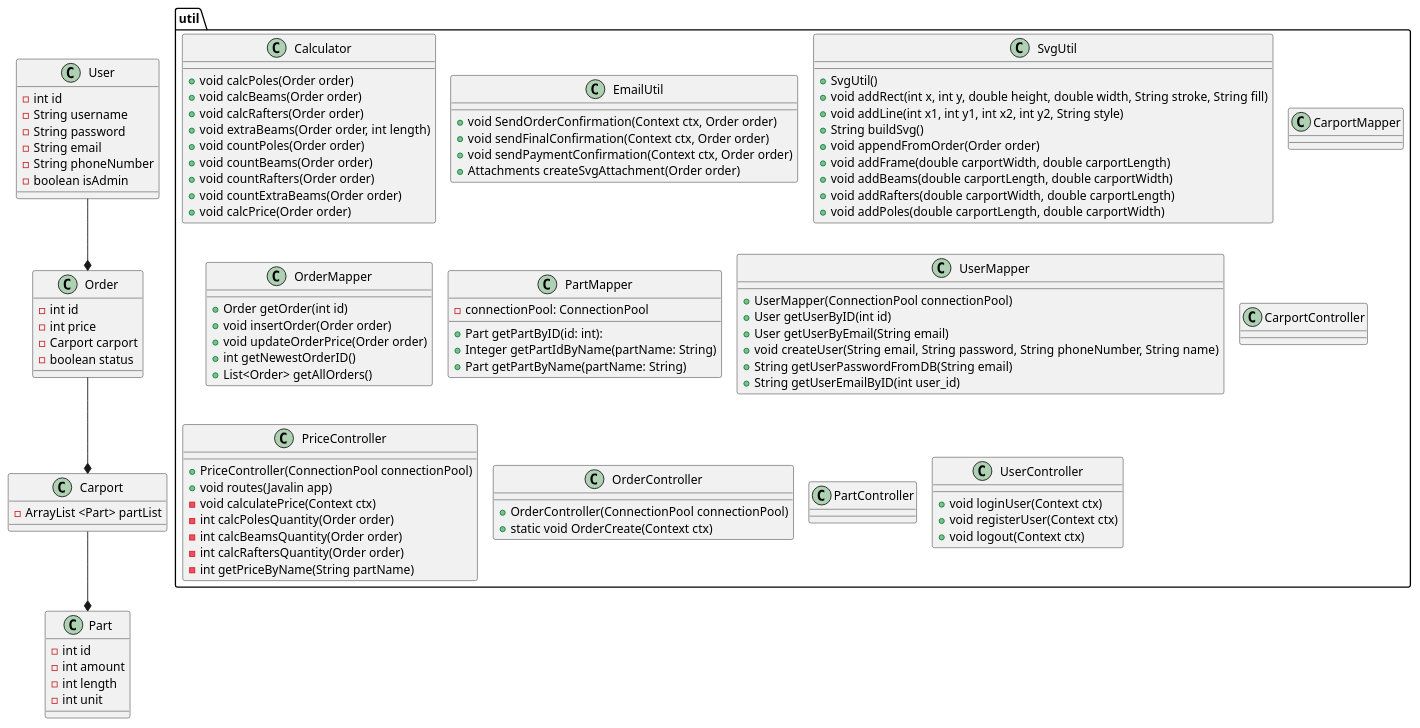
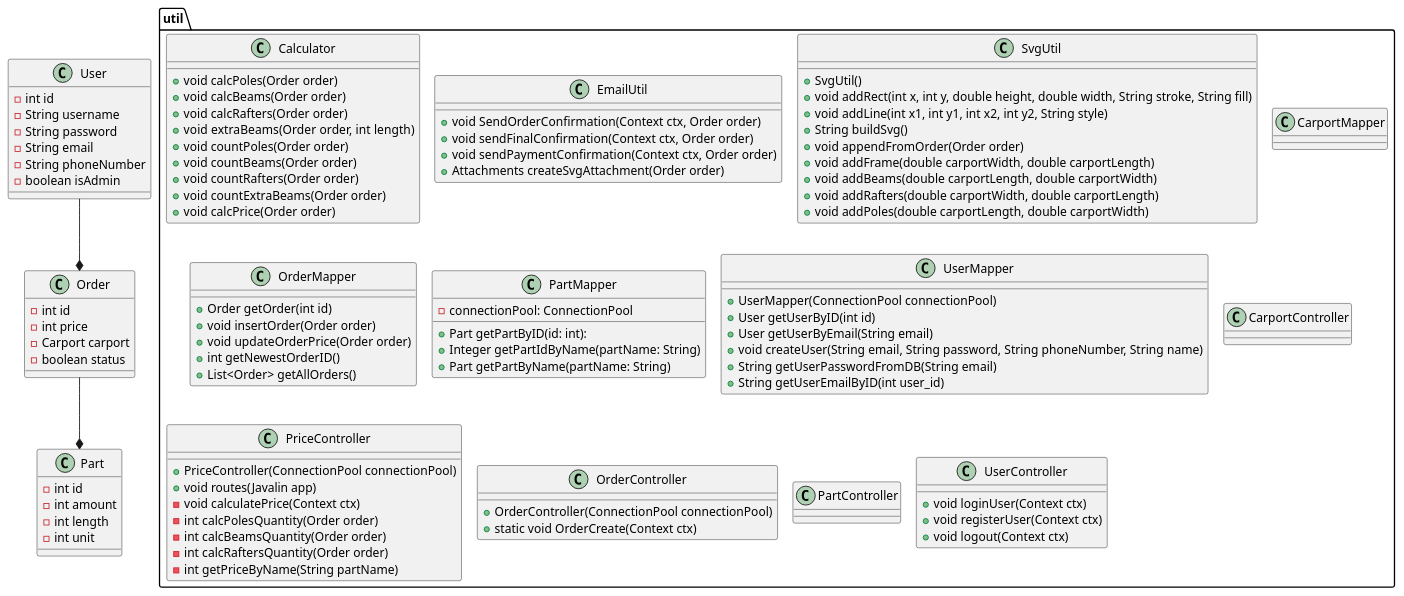
The diagram in doc/classDiagram.puml (AndreasKuke/FogCarportProject), drawn with PlantUML before and after one commit. The commit also changed 11 other files, not shown here.

```diff
--- a/doc/classDiagram.puml
+++ b/doc/classDiagram.puml
@@ -1,125 +1,121 @@
 @startuml
 !pragma layout smetana
 
 User --* Order
-Order --* Carport
-Carport --* Part
+Order --* Part
 
 Class User {
 - int id
 - String username
 - String password
 - String email
 - String phoneNumber
 - boolean isAdmin
 }
 
 Class Order {
 - int id
 - int price
 - Carport carport
 - boolean status
 }
 
 Class Part {
 - int id
 - int amount
 - int length
 - int unit
 }
 
-Class Carport {
-- ArrayList <Part> partList
-}
 
 Package util {
 class Calculator{
 +void calcPoles(Order order)
 +void calcBeams(Order order)
 +void calcRafters(Order order)
 +void extraBeams(Order order, int length)
 +void countPoles(Order order)
 +void countBeams(Order order)
 +void countRafters(Order order)
 +void countExtraBeams(Order order)
 +void calcPrice(Order order)
 }
 
 class EmailUtil {
     +void SendOrderConfirmation(Context ctx, Order order)
     +void sendFinalConfirmation(Context ctx, Order order)
     +void sendPaymentConfirmation(Context ctx, Order order)
     +Attachments createSvgAttachment(Order order)
 }
 
 class SvgUtil {
     +SvgUtil()
     +void addRect(int x, int y, double height, double width, String stroke, String fill)
     +void addLine(int x1, int y1, int x2, int y2, String style)
     +String buildSvg()
     +void appendFromOrder(Order order)
     +void addFrame(double carportWidth, double carportLength)
     +void addBeams(double carportLength, double carportWidth)
     +void addRafters(double carportWidth, double carportLength)
     +void addPoles(double carportLength, double carportWidth)
 }
 
 Class CarportMapper{
 
 }
 
 class OrderMapper{
 +Order getOrder(int id)
 +void insertOrder(Order order)
 +void updateOrderPrice(Order order)
 +int getNewestOrderID()
 +List<Order> getAllOrders()
 }
 
 class PartMapper {
   - connectionPool: ConnectionPool
   + Part getPartByID(id: int):
   + Integer getPartIdByName(partName: String)
   + Part getPartByName(partName: String)
 }
 
 class UserMapper {
     +UserMapper(ConnectionPool connectionPool)
     +User getUserByID(int id)
     +User getUserByEmail(String email)
     +void createUser(String email, String password, String phoneNumber, String name)
     +String getUserPasswordFromDB(String email)
     +String getUserEmailByID(int user_id)
 }
 
 Class CarportController{
 
 }
 
 class PriceController {
     +PriceController(ConnectionPool connectionPool)
     +void routes(Javalin app)
     -void calculatePrice(Context ctx)
     -int calcPolesQuantity(Order order)
     -int calcBeamsQuantity(Order order)
     -int calcRaftersQuantity(Order order)
     -int getPriceByName(String partName)
 }
 
 class OrderController {
     +OrderController(ConnectionPool connectionPool)
     +static void OrderCreate(Context ctx)
 }
 
 Class PartController{
 
 }
 
 Class UserController{
 +void loginUser(Context ctx)
 +void registerUser(Context ctx)
 +void logout(Context ctx)
 }
 
 }
 @enduml
```
